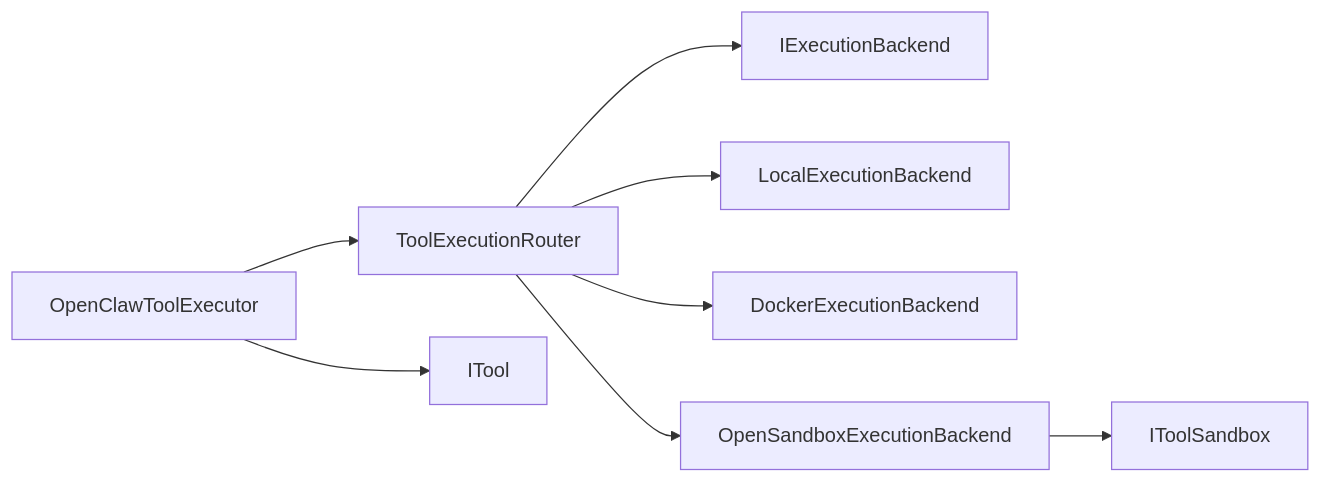
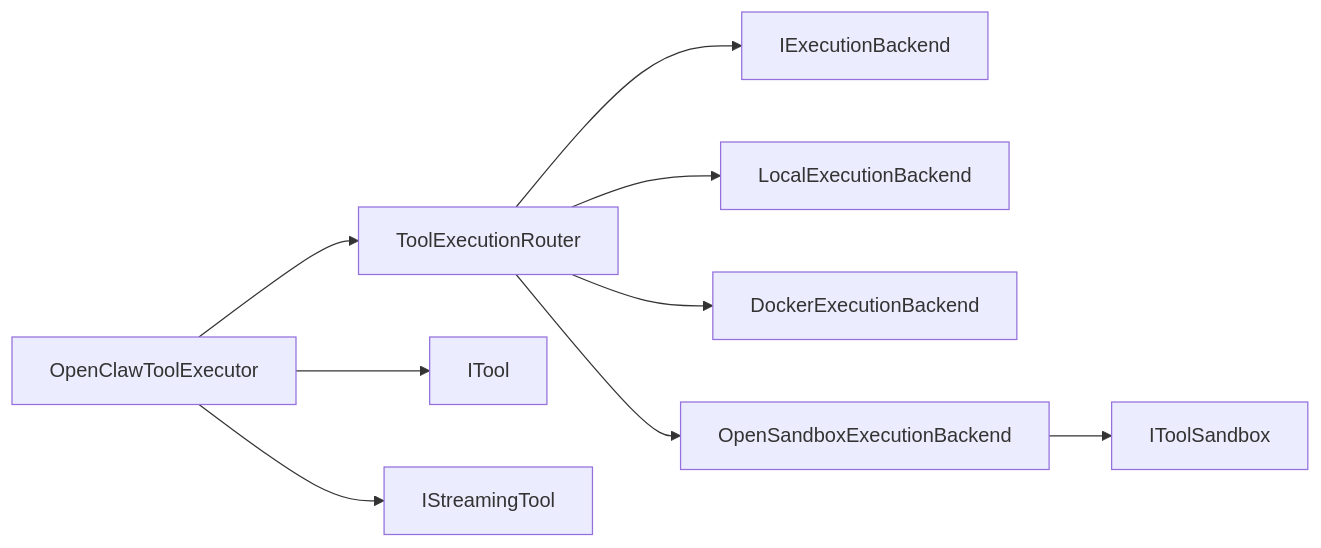
The eighth of 8 diagrams in .qoder/repowiki/zh/content/代理运行时/工具执行框架.md (wayyet/kingcrab), drawn with Mermaid before and after one commit. The commit also changed other lines of this file and 2 other files, not shown here.

````diff
--- a/.qoder/repowiki/zh/content/代理运行时/工具执行框架.md
+++ b/.qoder/repowiki/zh/content/代理运行时/工具执行框架.md
@@ -391,10 +414,11 @@
 ```mermaid
 graph LR
 Executor["OpenClawToolExecutor"] --> Router["ToolExecutionRouter"]
 Executor --> Itool["ITool"]
+Executor --> Istream["IStreamingTool"]
 Router --> Iexec["IExecutionBackend"]
 Router --> Local["LocalExecutionBackend"]
 Router --> Docker["DockerExecutionBackend"]
 Router --> OpenSbx["OpenSandboxExecutionBackend"]
 OpenSbx --> ISbx["IToolSandbox"]
 ```
````
